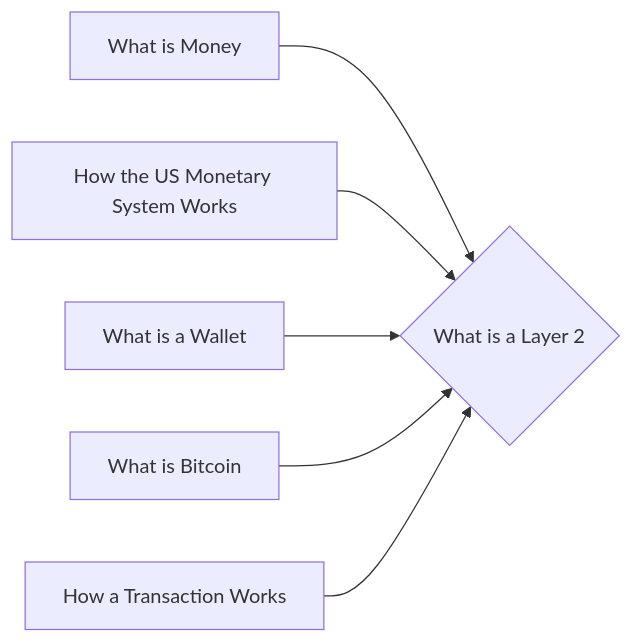
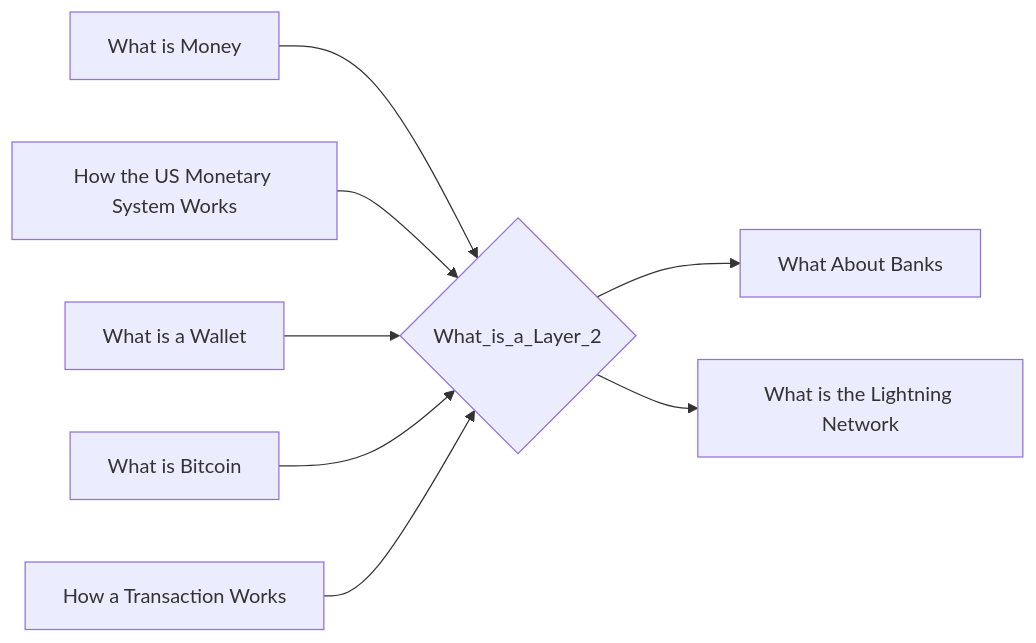
Before and after one commit to lpurdy01/crypto-knowledge-map: the diagram in notes/What_is_a_Layer_2.md, drawn with Mermaid. The commit also changed 161 other files, not shown here.

````diff
--- a/notes/What_is_a_Layer_2.md
+++ b/notes/What_is_a_Layer_2.md
@@ -17,8 +17,10 @@
 ```mermaid
 graph LR
-1["What is Money"]-->0{"What is a Layer 2"}
-2["How the US Monetary System Works"]-->0{"What is a Layer 2"}
-3["What is a Wallet"]-->0{"What is a Layer 2"}
-4["What is Bitcoin"]-->0{"What is a Layer 2"}
-5["How a Transaction Works"]-->0{"What is a Layer 2"}
+1["What is Money"]-->0{"What_is_a_Layer_2"}
+2["How the US Monetary System Works"]-->0{"What_is_a_Layer_2"}
+3["What is a Wallet"]-->0{"What_is_a_Layer_2"}
+4["What is Bitcoin"]-->0{"What_is_a_Layer_2"}
+5["How a Transaction Works"]-->0{"What_is_a_Layer_2"}
+0{"What_is_a_Layer_2"}-->6["What About Banks"]
+0{"What_is_a_Layer_2"}-->7["What is the Lightning Network"]
 ```
````
